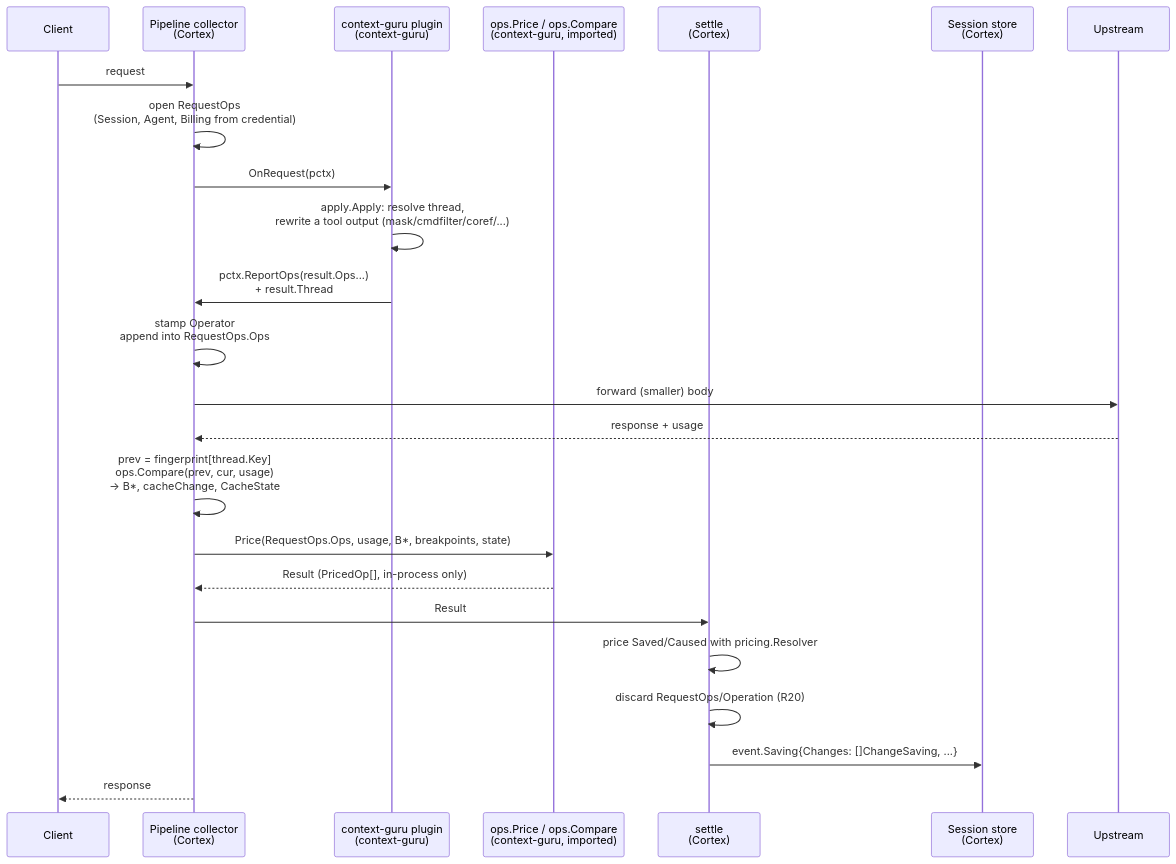
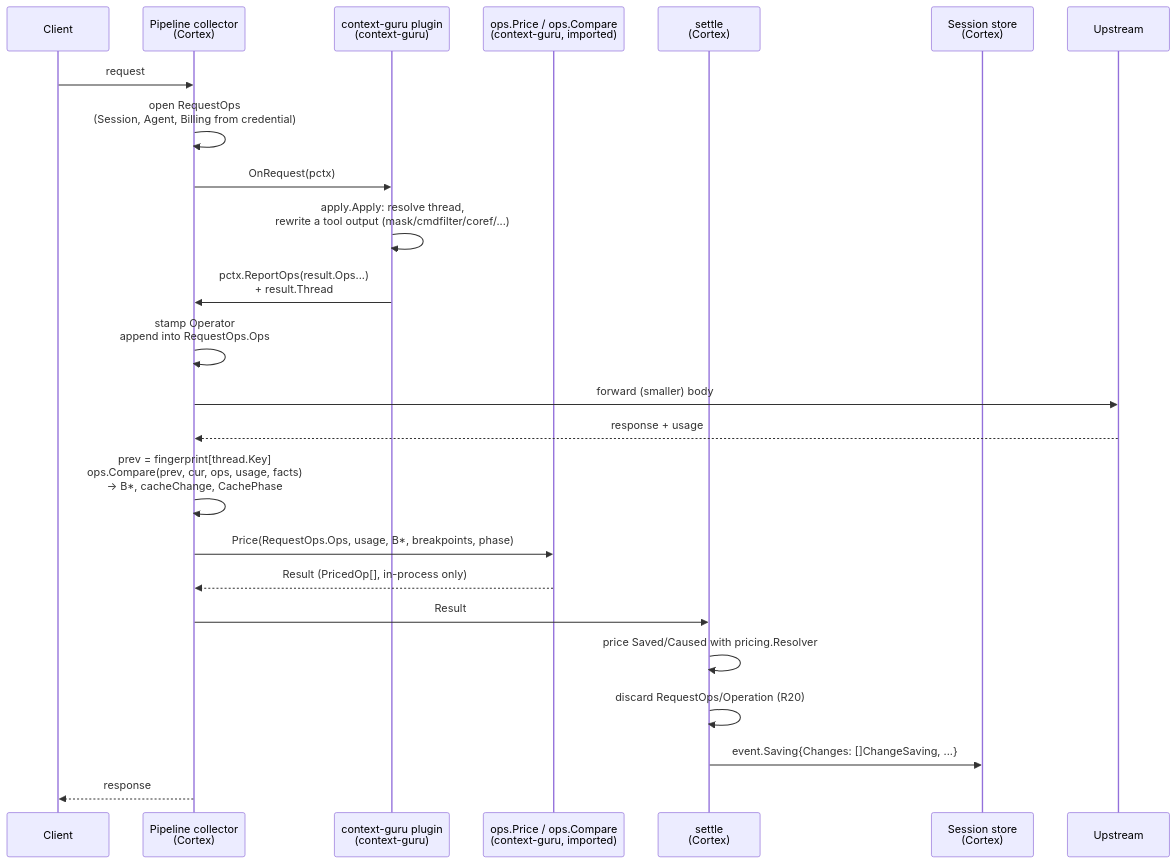
The first of 3 diagrams in docs/superpowers/specs/2026-10-18-context-operations-cortex-wiring.md (rossoctl/context-guru), drawn with Mermaid before and after one commit. The commit also changed other lines of this file and 3 other files, not shown here.

````diff
--- a/docs/superpowers/specs/2026-10-18-context-operations-cortex-wiring.md
+++ b/docs/superpowers/specs/2026-10-18-context-operations-cortex-wiring.md
@@ -124,27 +125,27 @@
 ```mermaid
 sequenceDiagram
     participant Client
     participant Pipeline as Pipeline collector<br/>(Cortex)
     participant Plugin as context-guru plugin<br/>(context-guru)
     participant Ops as ops.Price / ops.Compare<br/>(context-guru, imported)
     participant Settle as settle<br/>(Cortex)
     participant Store as Session store<br/>(Cortex)
     participant Upstream
 
     Client->>Pipeline: request
     Pipeline->>Pipeline: open RequestOps<br/>(Session, Agent, Billing from credential)
     Pipeline->>Plugin: OnRequest(pctx)
     Plugin->>Plugin: apply.Apply: resolve thread,<br/>rewrite a tool output (mask/cmdfilter/coref/...)
     Plugin->>Pipeline: pctx.ReportOps(result.Ops...)<br/>+ result.Thread
     Pipeline->>Pipeline: stamp Operator<br/>append into RequestOps.Ops
     Pipeline->>Upstream: forward (smaller) body
     Upstream-->>Pipeline: response + usage
-    Pipeline->>Pipeline: prev = fingerprint[thread.Key]<br/>ops.Compare(prev, cur, usage)<br/>-> B*, cacheChange, CacheState
-    Pipeline->>Ops: Price(RequestOps.Ops, usage, B*, breakpoints, state)
+    Pipeline->>Pipeline: prev = fingerprint[thread.Key]<br/>ops.Compare(prev, cur, ops, usage, facts)<br/>-> B*, cacheChange, CachePhase
+    Pipeline->>Ops: Price(RequestOps.Ops, usage, B*, breakpoints, phase)
     Ops-->>Pipeline: Result (PricedOp[], in-process only)
     Pipeline->>Settle: Result
     Settle->>Settle: price Saved/Caused with pricing.Resolver
     Settle->>Settle: discard RequestOps/Operation (R20)
     Settle->>Store: event.Saving{Changes: []ChangeSaving, ...}
     Pipeline-->>Client: response
 ```
````
